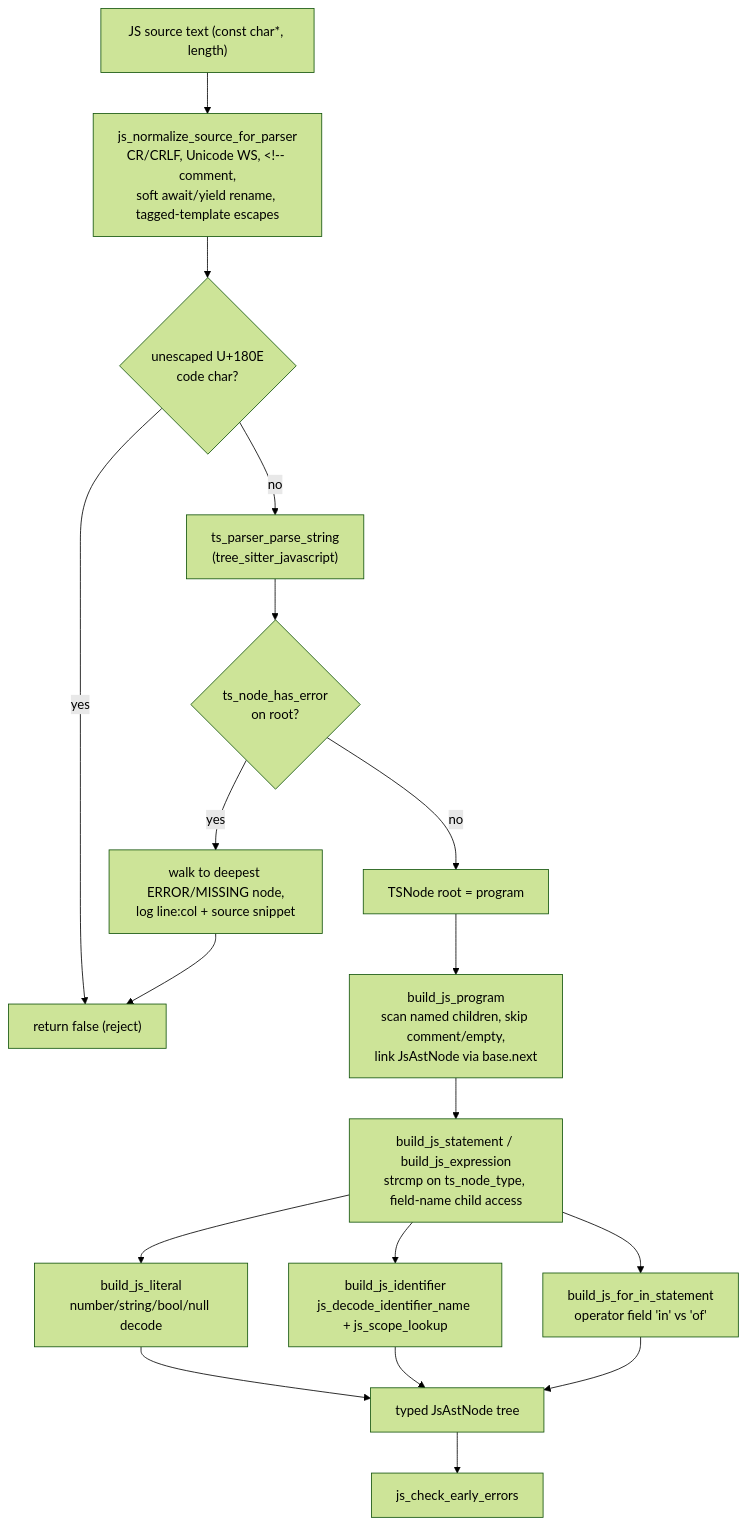
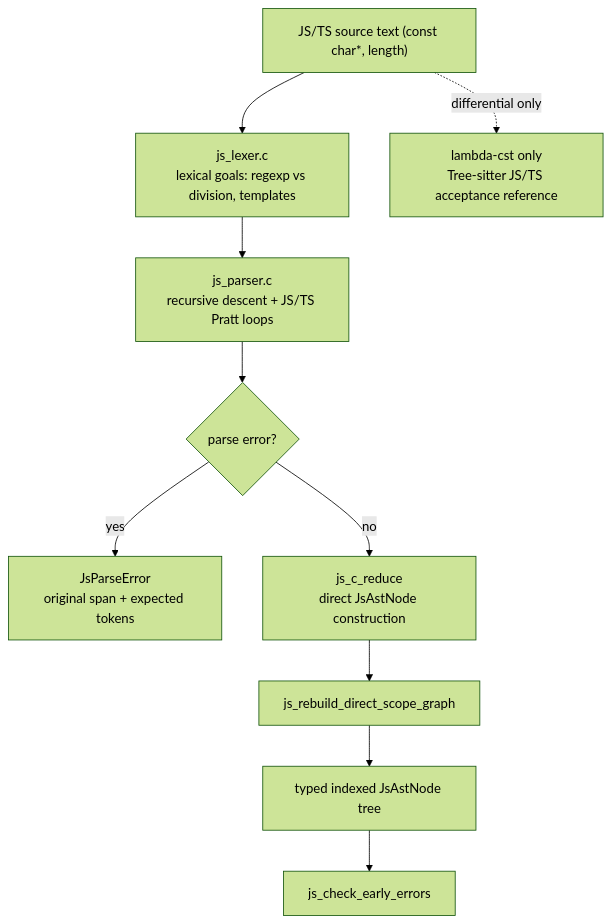
Before and after one commit to henry-luo/lambda: the diagram in doc/dev/js/diagram/d02_cst_to_ast.mmd, drawn with Mermaid (forest theme). The commit also changed 23 other files, not shown here.

```diff
--- a/doc/dev/js/diagram/d02_cst_to_ast.mmd
+++ b/doc/dev/js/diagram/d02_cst_to_ast.mmd
@@ -1,29 +1,16 @@
 flowchart TD
-    SRC["JS source text (const char*, length)"]
-    NORM["js_normalize_source_for_parser<br/>CR/CRLF, Unicode WS, &lt;!-- comment,<br/>soft await/yield rename, tagged-template escapes"]
-    U180E{"unescaped U+180E<br/>code char?"}
-    REJECT["return false (reject)"]
-    PARSE["ts_parser_parse_string<br/>(tree_sitter_javascript)"]
-    ERRCHK{"ts_node_has_error<br/>on root?"}
-    DIAG["walk to deepest ERROR/MISSING node,<br/>log line:col + source snippet"]
-    ROOT["TSNode root = program"]
-    PROG["build_js_program<br/>scan named children, skip comment/empty,<br/>link JsAstNode via base.next"]
-    DISP["build_js_statement / build_js_expression<br/>strcmp on ts_node_type, field-name child access"]
-    LIT["build_js_literal<br/>number/string/bool/null decode"]
-    ID["build_js_identifier<br/>js_decode_identifier_name + js_scope_lookup"]
-    FORIN["build_js_for_in_statement<br/>operator field 'in' vs 'of'"]
-    AST["typed JsAstNode tree"]
+    SRC["JS/TS source text (const char*, length)"]
+    LEX["js_lexer.c<br/>lexical goals: regexp vs division, templates"]
+    PARSE["js_parser.c<br/>recursive descent + JS/TS Pratt loops"]
+    ERR{"parse error?"}
+    REJECT["JsParseError<br/>original span + expected tokens"]
+    SINK["js_c_reduce<br/>direct JsAstNode construction"]
+    SCOPE["js_rebuild_direct_scope_graph"]
+    AST["typed indexed JsAstNode tree"]
     EE["js_check_early_errors"]
+    REF["lambda-cst only<br/>Tree-sitter JS/TS acceptance reference"]
 
-    SRC --> NORM --> U180E
-    U180E -- yes --> REJECT
-    U180E -- no --> PARSE --> ERRCHK
-    ERRCHK -- yes --> DIAG --> REJECT
-    ERRCHK -- no --> ROOT --> PROG --> DISP
-    DISP --> LIT
-    DISP --> ID
-    DISP --> FORIN
-    LIT --> AST
-    ID --> AST
-    FORIN --> AST
-    AST --> EE
+    SRC --> LEX --> PARSE --> ERR
+    ERR -- yes --> REJECT
+    ERR -- no --> SINK --> SCOPE --> AST --> EE
+    SRC -. differential only .-> REF
```
